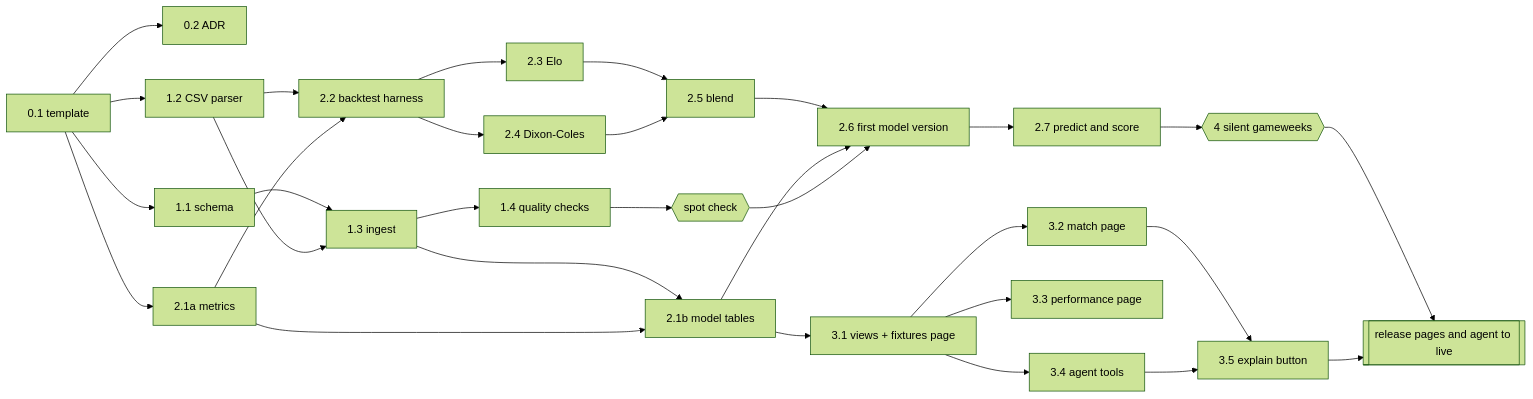
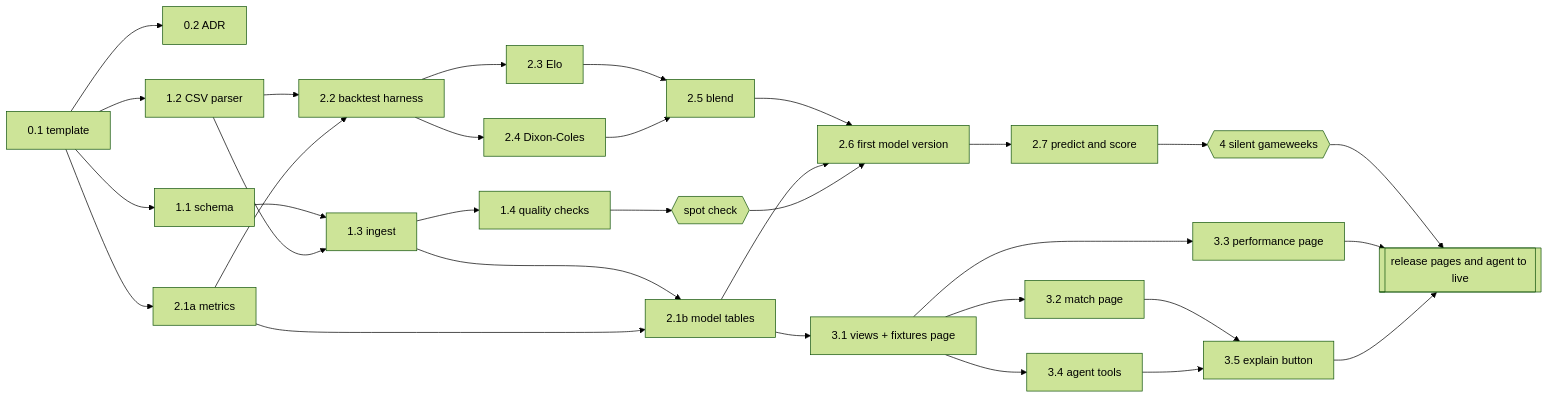
The diagram in docs/plans/2026-11-11-implementation-plan.md (kwahalf/ai-league-predictor), drawn with Mermaid (forest theme) before and after one commit. The commit also changed other lines of this file, not shown here.

````diff
--- a/docs/plans/2026-11-11-implementation-plan.md
+++ b/docs/plans/2026-11-11-implementation-plan.md
@@ -195,32 +195,33 @@
 ```mermaid
 flowchart LR
   s01[0.1 template] --> s02[0.2 ADR]
   s01 --> s11[1.1 schema]
   s01 --> s12[1.2 CSV parser]
   s01 --> s21a[2.1a metrics]
   s11 --> s13[1.3 ingest]
   s12 --> s13
   s13 --> s14[1.4 quality checks]
   s14 --> spot{{spot check}}
   s13 --> s21b[2.1b model tables]
   s21a --> s21b
   s12 --> s22[2.2 backtest harness]
   s21a --> s22
   s22 --> s23[2.3 Elo]
   s22 --> s24[2.4 Dixon-Coles]
   s23 --> s25[2.5 blend]
   s24 --> s25
   s25 --> s26[2.6 first model version]
   s21b --> s26
   spot --> s26
   s26 --> s27[2.7 predict and score]
   s27 --> silent{{4 silent gameweeks}}
   silent --> rel[[release pages and agent to live]]
+  s33 --> rel
   s35 --> rel
   s21b --> s31[3.1 views + fixtures page]
   s31 --> s32[3.2 match page]
   s31 --> s33[3.3 performance page]
   s31 --> s34[3.4 agent tools]
   s32 --> s35[3.5 explain button]
   s34 --> s35
 ```
````
